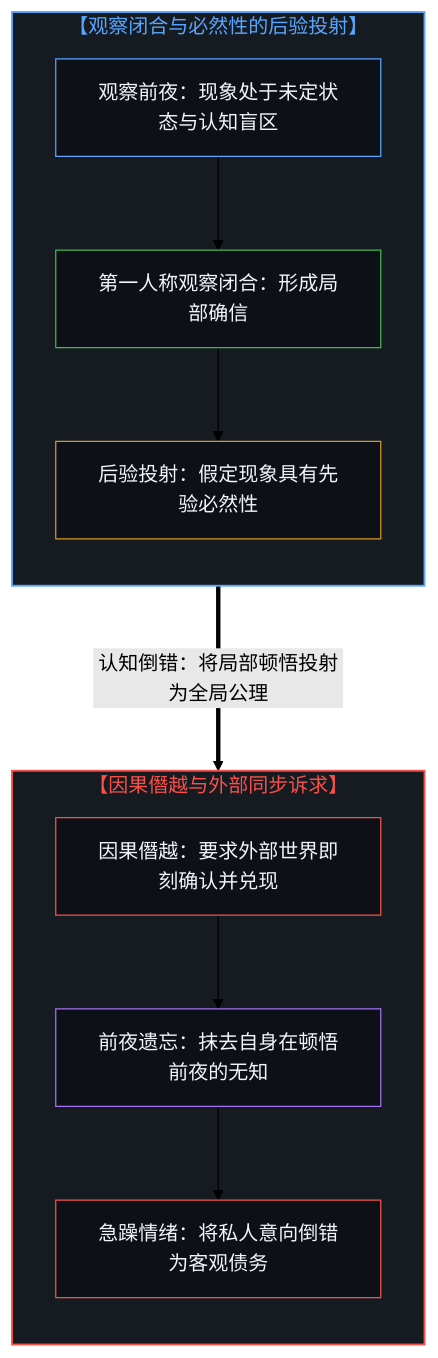
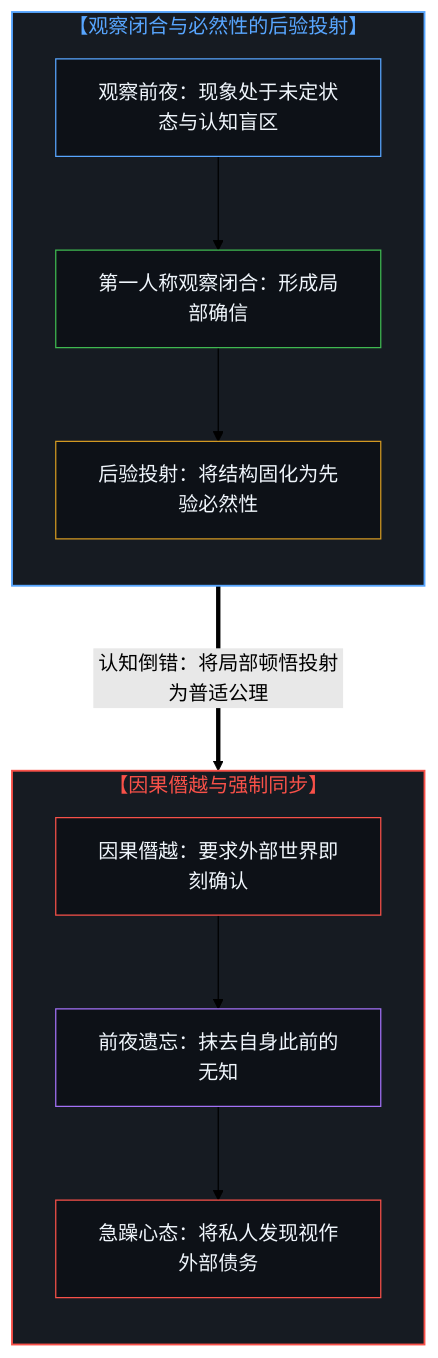
The first of 4 diagrams in content/posts/the-reflexive-dilemma-of-unique-insight.md (powerpig99/not-a-toe), drawn with Mermaid (forest theme) before and after one commit. The commit also changed other lines of this file and 2 other files, not shown here.

````diff
--- a/content/posts/the-reflexive-dilemma-of-unique-insight.md
+++ b/content/posts/the-reflexive-dilemma-of-unique-insight.md
@@ -21,29 +21,26 @@
 ```mermaid
 flowchart TD
   subgraph S_POST["【观察闭合与必然性的后验投射】"]
     direction TB
     P_BEFORE["观察前夜：现象处于未定状态与认知盲区"]
     P_OBSERVE["第一人称观察闭合：形成局部确信"]
-    P_PROJECT["后验投射：假定现象具有先验必然性"]
+    P_PROJECT["后验投射：将结构固化为先验必然性"]
     P_BEFORE --> P_OBSERVE --> P_PROJECT
   end
-
-  subgraph S_EXT["【因果僭越与外部同步诉求】"]
+  subgraph S_EXT["【因果僭越与强制同步】"]
     direction TB
-    E_DEMAND["因果僭越：要求外部世界即刻确认并兑现"]
-    E_FORGET["前夜遗忘：抹去自身在顿悟前夜的无知"]
-    E_EXP["急躁情绪：将私人意向倒错为客观债务"]
+    E_DEMAND["因果僭越：要求外部世界即刻确认"]
+    E_FORGET["前夜遗忘：抹去自身此前的无知"]
+    E_EXP["急躁心态：将私人发现视作外部债务"]
     E_DEMAND --> E_FORGET --> E_EXP
   end
-
-  P_PROJECT ===>|"认知倒错：将局部顿悟投射为全局公理"| E_DEMAND
-
+  P_PROJECT ===>|"认知倒错：将局部顿悟投射为普适公理"| E_DEMAND
   style S_POST fill:#161b22,stroke:#58a6ff,stroke-width:1.5px,color:#58a6ff
   style S_EXT fill:#161b22,stroke:#f85149,stroke-width:1.5px,color:#f85149
   style P_BEFORE fill:#0d1117,stroke:#58a6ff,stroke-width:1px,color:#f0f6fc
   style P_OBSERVE fill:#0d1117,stroke:#3fb950,stroke-width:1px,color:#f0f6fc
   style P_PROJECT fill:#0d1117,stroke:#d29922,stroke-width:1px,color:#f0f6fc
   style E_DEMAND fill:#0d1117,stroke:#f85149,stroke-width:1px,color:#f0f6fc
   style E_FORGET fill:#0d1117,stroke:#a371f7,stroke-width:1px,color:#f0f6fc
   style E_EXP fill:#0d1117,stroke:#f85149,stroke-width:1px,color:#f0f6fc
 ```
````
